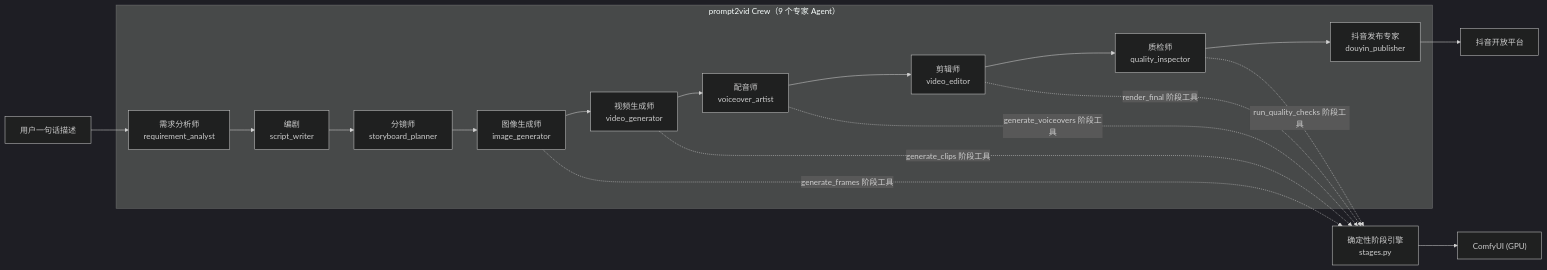
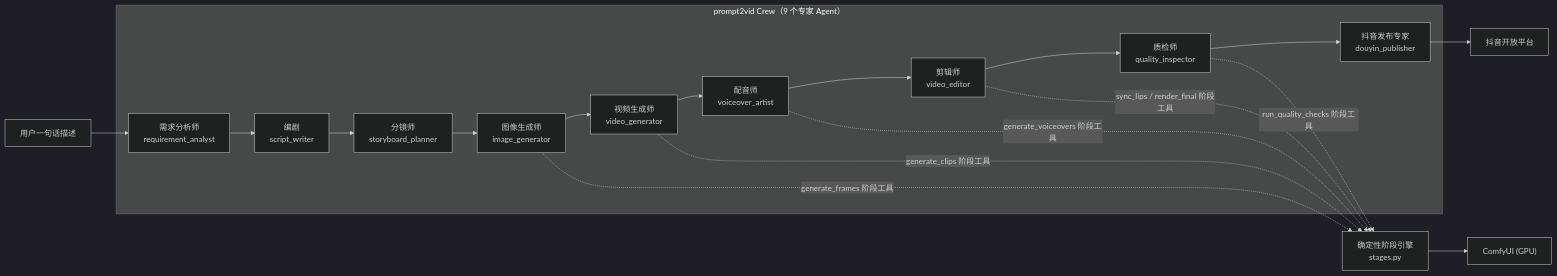
Before and after one commit to huo912/prompt2vid: the diagram in README.md, drawn with Mermaid (dark theme). The commit also changed other lines of this file and 31 other files, not shown here.

````diff
--- a/README.md
+++ b/README.md
@@ -19,21 +20,21 @@
 ```mermaid
 flowchart LR
     U["用户一句话描述"] --> A1
     subgraph CrewAI["prompt2vid Crew（9 个专家 Agent）"]
         A1["需求分析师<br/>requirement_analyst"] --> A2["编剧<br/>script_writer"]
         A2 --> A3["分镜师<br/>storyboard_planner"]
         A3 --> A4["图像生成师<br/>image_generator"]
         A4 --> A5["视频生成师<br/>video_generator"]
         A5 --> A6["配音师<br/>voiceover_artist"]
         A6 --> A7["剪辑师<br/>video_editor"]
         A7 --> A8["质检师<br/>quality_inspector"]
         A8 --> A9["抖音发布专家<br/>douyin_publisher"]
     end
     A4 -. "generate_frames 阶段工具" .-> S["确定性阶段引擎<br/>stages.py"]
     A5 -. "generate_clips 阶段工具" .-> S
     A6 -. "generate_voiceovers 阶段工具" .-> S
-    A7 -. "render_final 阶段工具" .-> S
+    A7 -. "sync_lips / render_final 阶段工具" .-> S
     A8 -. "run_quality_checks 阶段工具" .-> S
     S --> C["ComfyUI (GPU)"]
     A9 --> D["抖音开放平台"]
 ```
````
